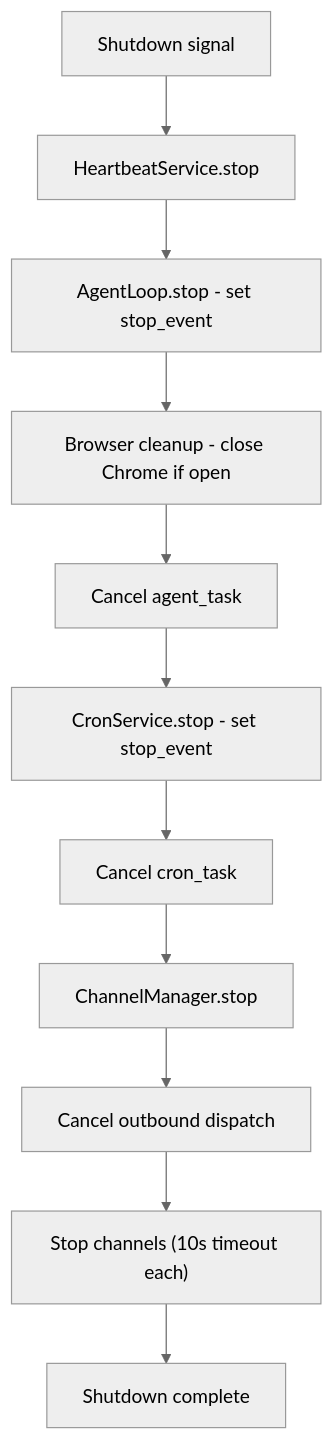
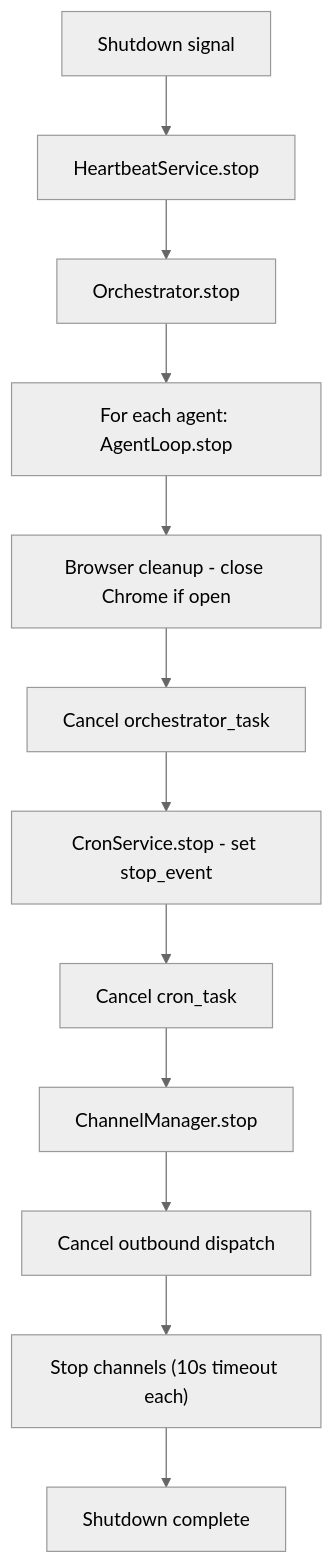
Diagram 18 of 19 in docs/flow.md (openbotx/openbotx), drawn with Mermaid (neutral theme) before and after one commit. The commit also changed other lines of this file and 57 other files, not shown here.

````diff
--- a/docs/flow.md
+++ b/docs/flow.md
@@ -1780,13 +1887,14 @@
 ```mermaid
 graph TD
     A[Shutdown signal] --> B[HeartbeatService.stop]
-    B --> C[AgentLoop.stop - set stop_event]
-    C --> D[Browser cleanup - close Chrome if open]
-    D --> E[Cancel agent_task]
+    B --> C[Orchestrator.stop]
+    C --> C1["For each agent: AgentLoop.stop"]
+    C1 --> D[Browser cleanup - close Chrome if open]
+    D --> E[Cancel orchestrator_task]
     E --> F[CronService.stop - set stop_event]
     F --> G[Cancel cron_task]
     G --> H[ChannelManager.stop]
     H --> I[Cancel outbound dispatch]
     I --> J["Stop channels (10s timeout each)"]
     J --> K[Shutdown complete]
 ```
````
